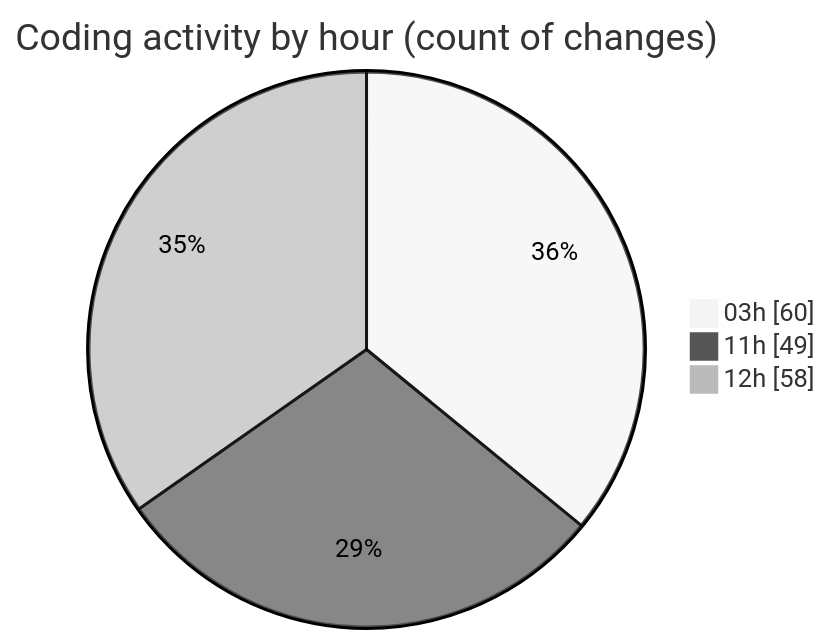
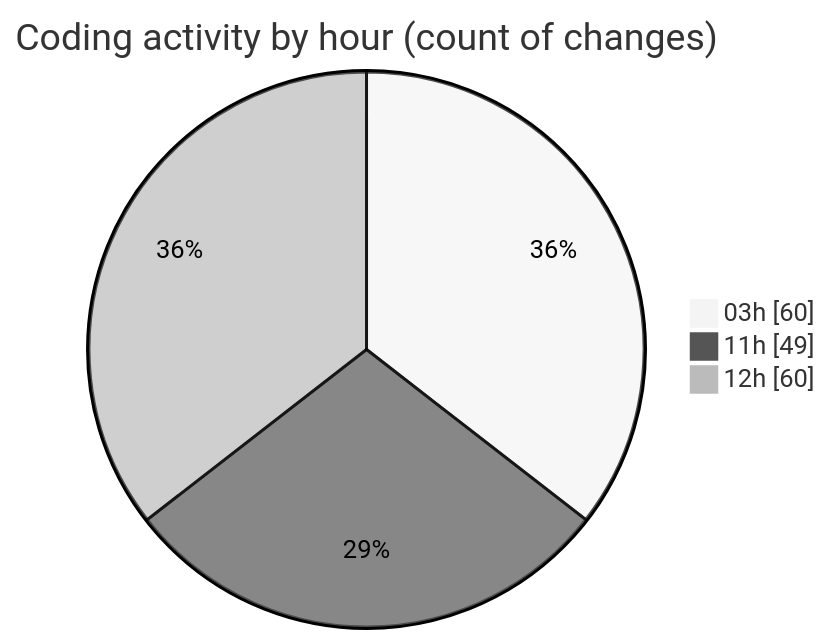
Before and after one commit to Ritupan-Deka/code-tracking: the second of 2 diagrams in 2025-07-02/mern-thinkboard/README.md, drawn with Mermaid (neutral theme). The commit also changed other lines of this file and 1 other file, not shown here.

````diff
--- a/2025-07-02/mern-thinkboard/README.md
+++ b/2025-07-02/mern-thinkboard/README.md
@@ -38,7 +38,7 @@
 ```mermaid
 pie showData
 title Coding activity by hour (count of changes)
 "03h" : 60
 "11h" : 49
-"12h" : 58
+"12h" : 60
 ```
````
